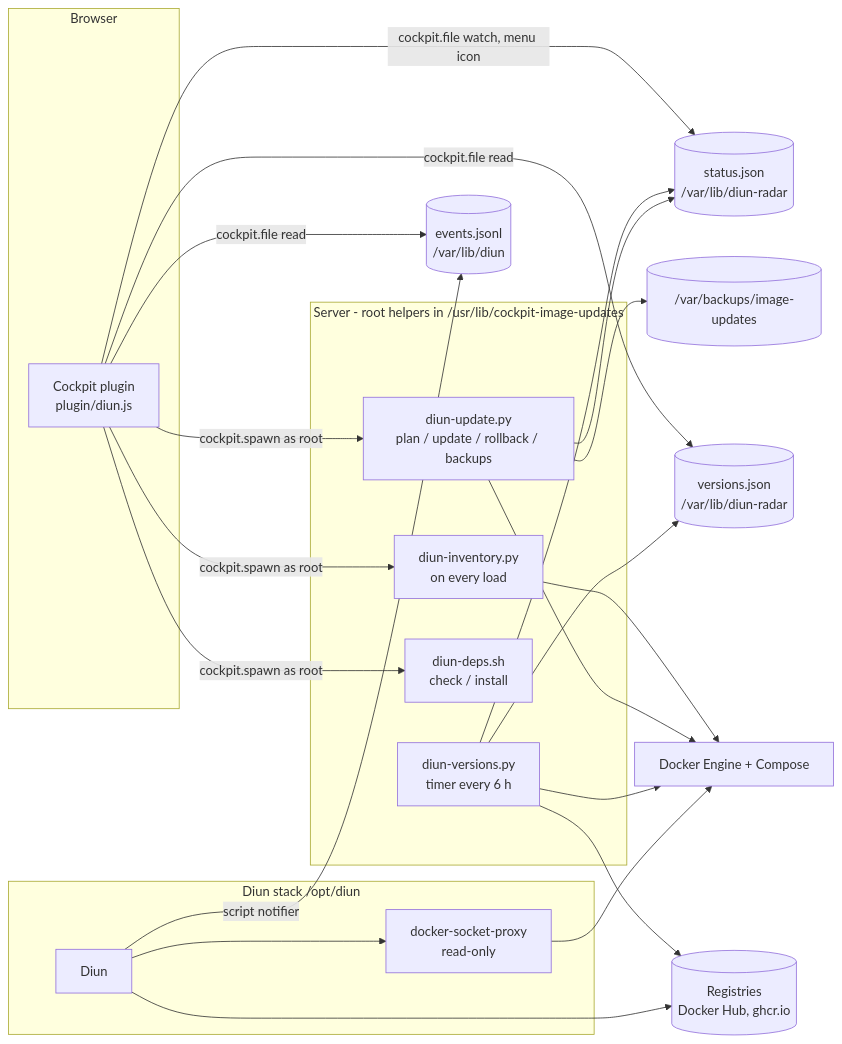
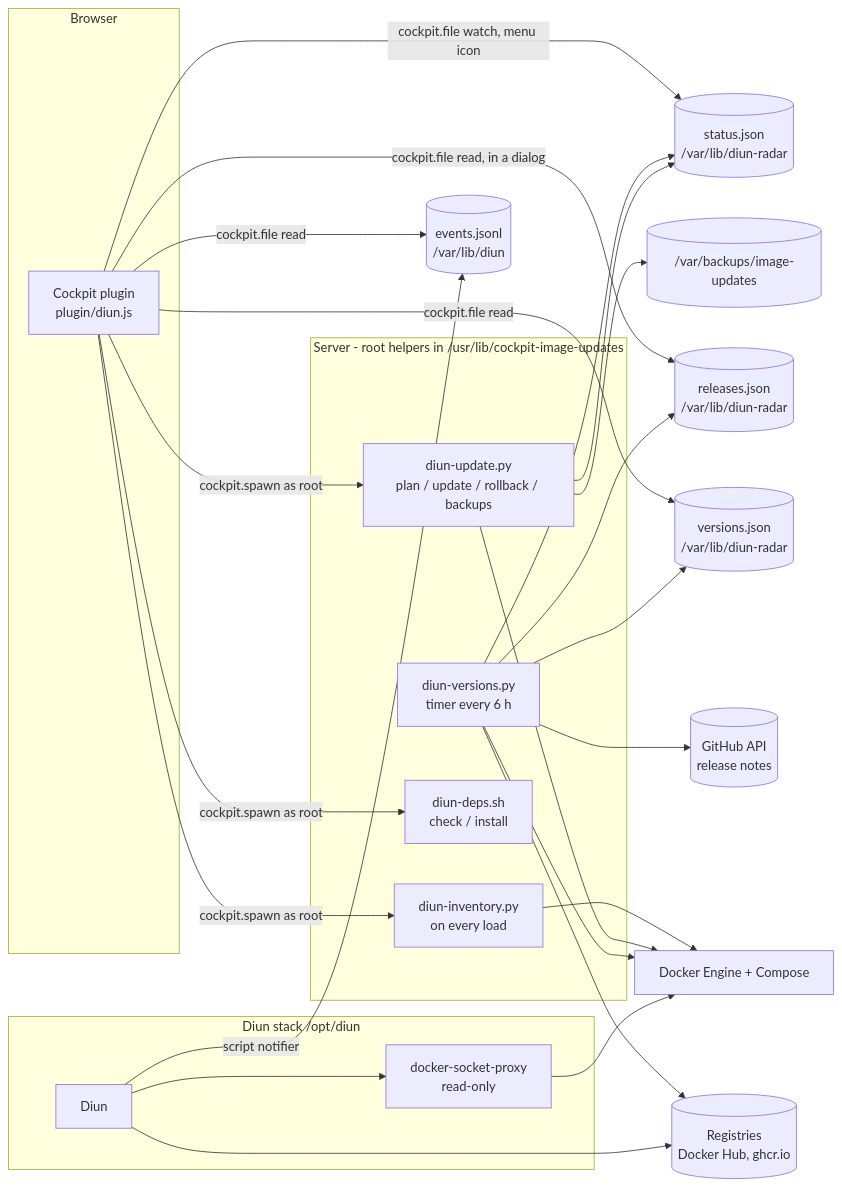
The second of 2 diagrams in README.md (Azentrius/cockpit-image-update-monitor), drawn with Mermaid before and after one commit. The commit also changed other lines of this file and 19 other files, not shown here.

First line of the commit message:
Show the release notes between two versions in the dialogs (#85)

````diff
--- a/README.md
+++ b/README.md
@@ -360,41 +371,46 @@
 ```mermaid
 flowchart LR
     subgraph B["Browser"]
         P["Cockpit plugin<br/>plugin/diun.js"]
     end
     subgraph H["Server - root helpers in /usr/lib/cockpit-image-updates"]
         INV["diun-inventory.py<br/>on every load"]
         UPD["diun-update.py<br/>plan / update / rollback / backups"]
         DEP["diun-deps.sh<br/>check / install"]
         RAD["diun-versions.py<br/>timer every 6 h"]
     end
     VJ[("versions.json<br/>/var/lib/diun-radar")]
+    RN[("releases.json<br/>/var/lib/diun-radar")]
     ST[("status.json<br/>/var/lib/diun-radar")]
     EV[("events.jsonl<br/>/var/lib/diun")]
     BK[("/var/backups/image-updates")]
     DK["Docker Engine + Compose"]
     subgraph DS["Diun stack /opt/diun"]
         DI["Diun"]
         SP["docker-socket-proxy<br/>read-only"]
     end
     REG[("Registries<br/>Docker Hub, ghcr.io")]
+    GH[("GitHub API<br/>release notes")]
 
     P -->|"cockpit.spawn as root"| INV
     P -->|"cockpit.spawn as root"| UPD
     P -->|"cockpit.spawn as root"| DEP
     P -->|"cockpit.file read"| VJ
+    P -->|"cockpit.file read, in a dialog"| RN
     P -->|"cockpit.file read"| EV
     P -->|"cockpit.file watch, menu icon"| ST
     INV --> DK
     UPD --> DK
     UPD --> BK
     RAD --> DK
     RAD --> REG
     RAD --> VJ
+    RAD --> GH
+    RAD --> RN
     RAD --> ST
     UPD --> ST
     DI --> SP
     SP --> DK
     DI --> REG
     DI -->|"script notifier"| EV
 ```
````
